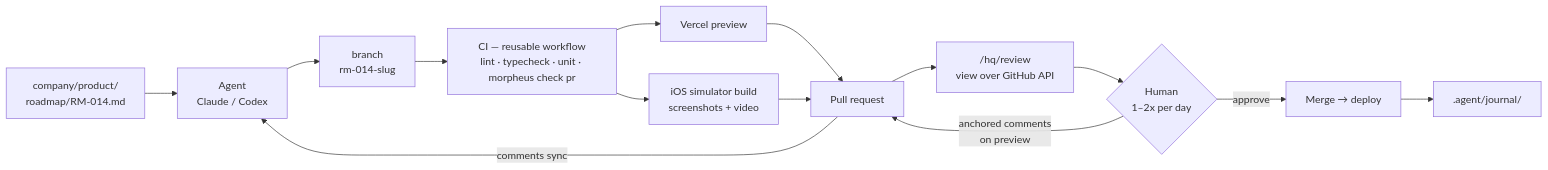
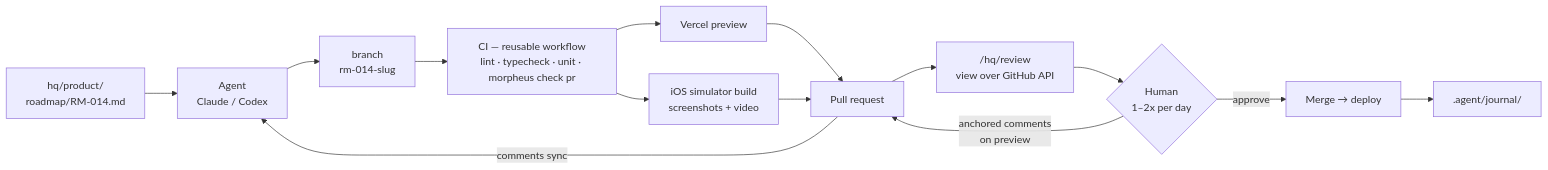
Before and after one commit to cpheinrich/morpheus: the second of 3 diagrams in architecture.md, drawn with Mermaid. The commit also changed other lines of this file, not shown here.

First line of the commit message:
architecture: rename company/ to hq/, add project kinds and MCP credentials

````diff
--- a/architecture.md
+++ b/architecture.md
@@ -461,16 +528,16 @@
 ```mermaid
 flowchart LR
-    RM["company/product/<br/>roadmap/RM-014.md"] --> AG[Agent<br/>Claude / Codex]
+    RM["hq/product/<br/>roadmap/RM-014.md"] --> AG[Agent<br/>Claude / Codex]
     AG --> BR["branch<br/>rm-014-slug"]
     BR --> CI["CI — reusable workflow<br/>lint · typecheck · unit · morpheus check pr"]
     CI --> PREV[Vercel preview]
     CI --> SIM["iOS simulator build<br/>screenshots + video"]
     PREV --> PR[Pull request]
     SIM --> PR
     PR --> Q["/hq/review<br/>view over GitHub API"]
     Q --> H{Human<br/>1–2x per day}
     H -->|anchored comments<br/>on preview| PR
     H -->|approve| MERGE[Merge → deploy]
     PR -->|comments sync| AG
     MERGE --> J[".agent/journal/"]
 ```
````
